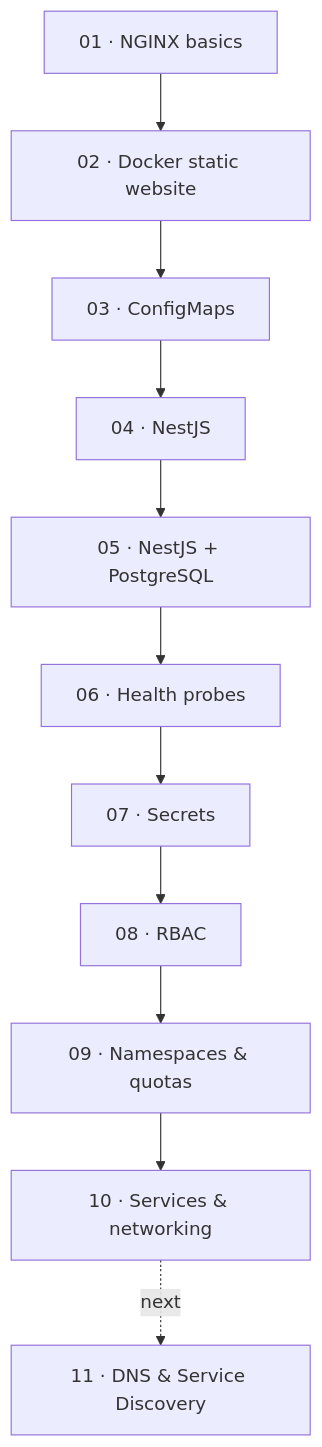
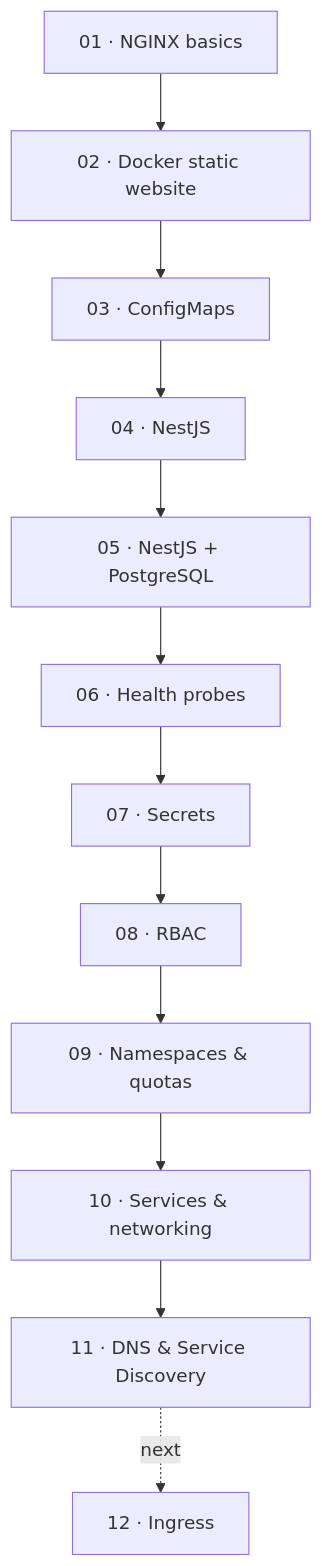
One commit to EElshamy/k8s-learning-lab changed the first of 2 diagrams in README.md. Above: the diagram before and after it, drawn with Mermaid. The commit also changed other lines of this file, not shown here.

Commit message:
Document Lab 11 DNS and Service Discovery in roadmap

```diff
--- a/README.md
+++ b/README.md
@@ -11,13 +11,14 @@
 ~~~mermaid
 flowchart TD
   A["01 · NGINX basics"] --> B["02 · Docker static website"]
   B --> C["03 · ConfigMaps"]
   C --> D["04 · NestJS"]
   D --> E["05 · NestJS + PostgreSQL"]
   E --> F["06 · Health probes"]
   F --> G["07 · Secrets"]
   G --> H["08 · RBAC"]
   H --> I["09 · Namespaces & quotas"]
   I --> J["10 · Services & networking"]
-  J -. next .-> K["11 · DNS & Service Discovery"]
+  J --> K["11 · DNS & Service Discovery"]
+  K -. next .-> L["12 · Ingress"]
 ~~~
```
